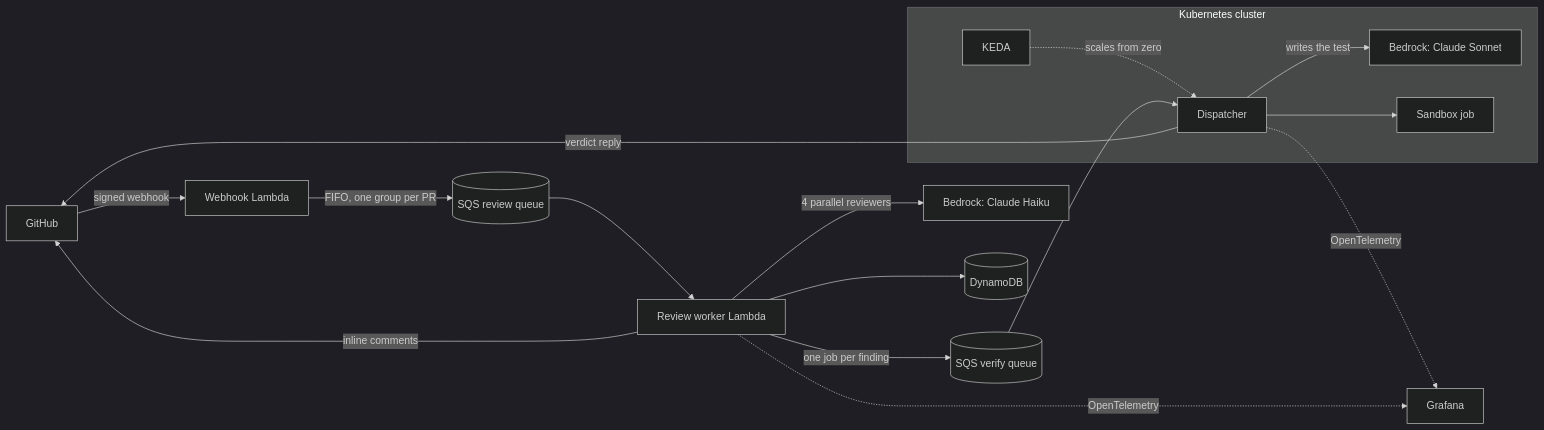
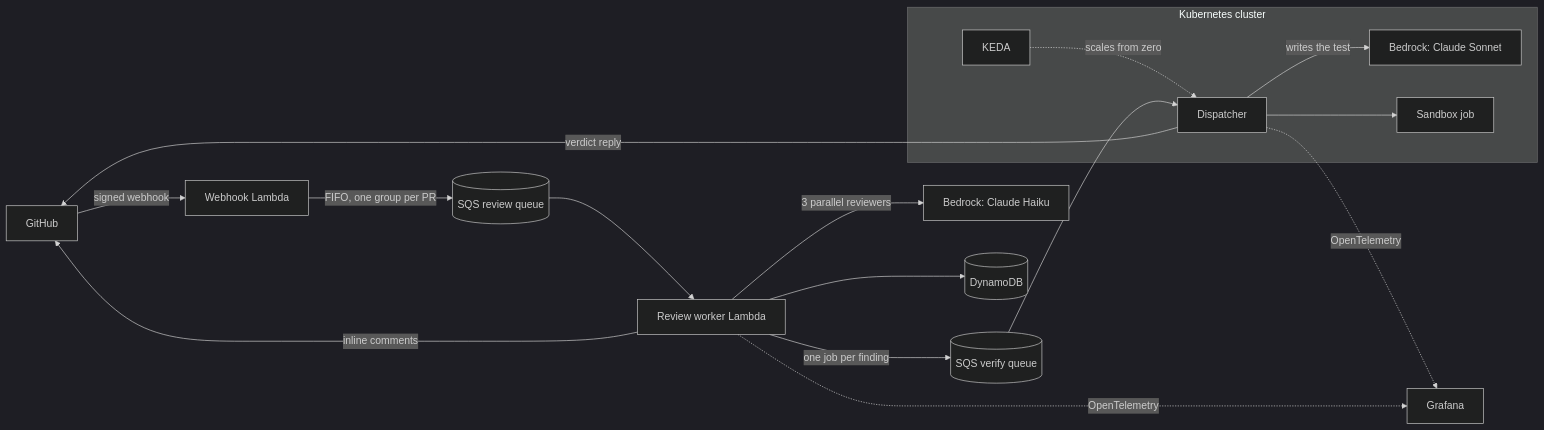
Before and after one commit to iviraa/uxie: the diagram in README.md, drawn with Mermaid (dark theme). The commit also changed other lines of this file and 5 other files, not shown here.

````diff
--- a/README.md
+++ b/README.md
@@ -57,19 +56,19 @@
 ```mermaid
 flowchart LR
     gh[GitHub] -->|signed webhook| wh[Webhook Lambda]
     wh -->|FIFO, one group per PR| rq[(SQS review queue)]
     rq --> rw[Review worker Lambda]
-    rw -->|4 parallel reviewers| haiku[Bedrock: Claude Haiku]
+    rw -->|3 parallel reviewers| haiku[Bedrock: Claude Haiku]
     rw -->|inline comments| gh
     rw --> ddb[(DynamoDB)]
     rw -->|one job per finding| vq[(SQS verify queue)]
     subgraph cluster [Kubernetes cluster]
         keda[KEDA] -.->|scales from zero| disp[Dispatcher]
         disp -->|writes the test| sonnet[Bedrock: Claude Sonnet]
         disp --> sb[Sandbox job]
     end
     vq --> disp
     disp -->|verdict reply| gh
     rw -.->|OpenTelemetry| graf[Grafana]
     disp -.->|OpenTelemetry| graf
 ```
````
